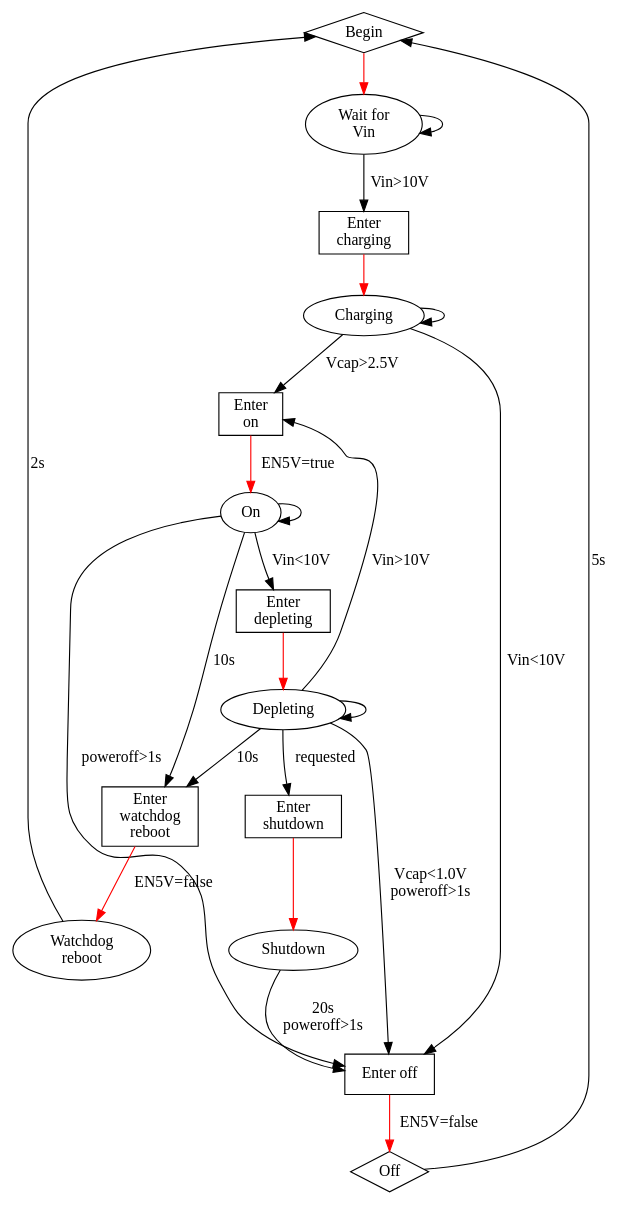
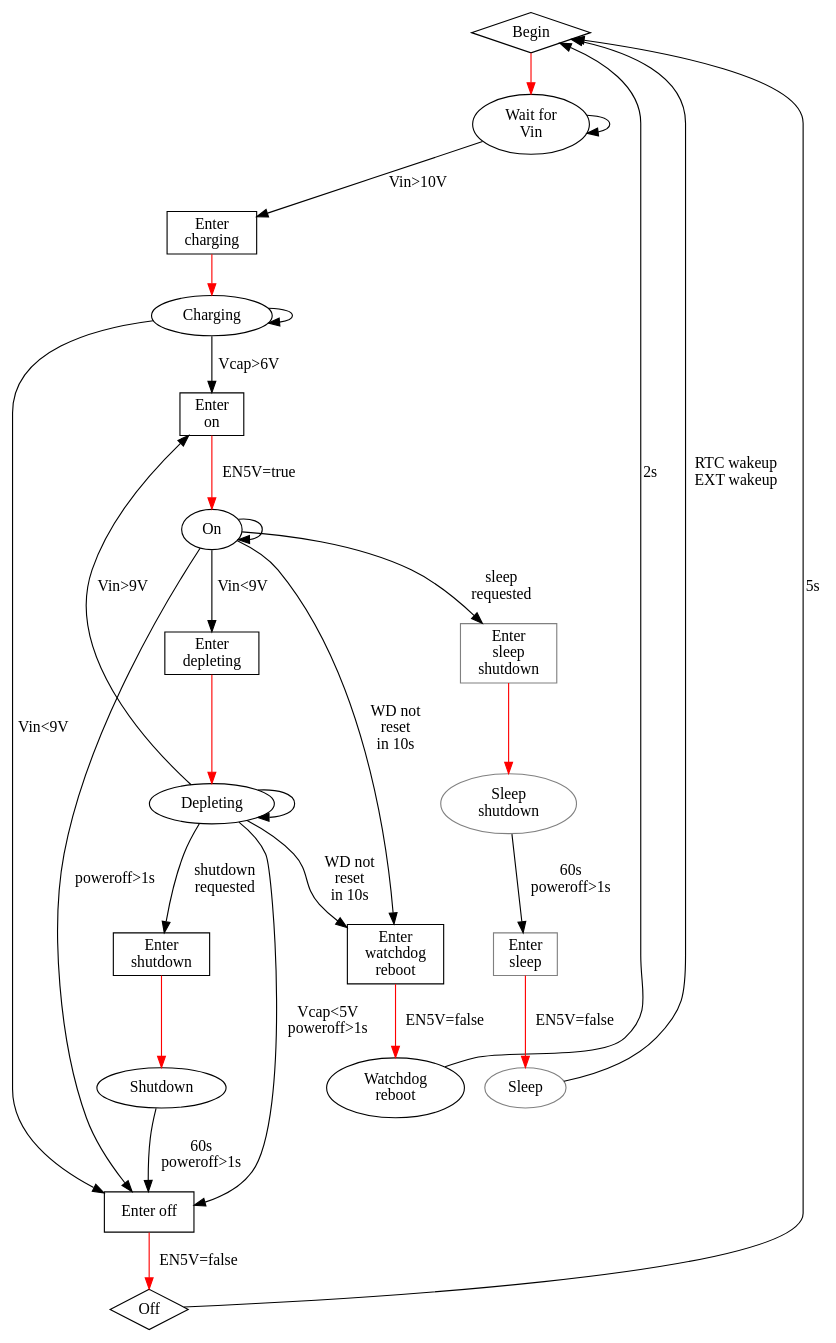
Before and after one commit to hatlabs/SH-RPi-firmware: the diagram in state_machine.dot, drawn with Graphviz.

Commit message:
Add new states to the state machine diagram

```diff
--- a/state_machine.dot
+++ b/state_machine.dot
@@ -1,41 +1,51 @@
 digraph G {
-begin [label="Begin",shape=diamond];
-wait_vin_on [label="Wait for\nVin"];
-ent_CHARGING [label="Enter\ncharging",shape=box];
+BEGIN [label="Begin",shape=diamond];
+WAIT_VIN_ON [label="Wait for\nVin"];
+ENT_CHARGING [label="Enter\ncharging",shape=box];
 CHARGING [label="Charging"];
-ent_ON [label="Enter\non",shape=box];
+ENT_ON [label="Enter\non",shape=box];
 ON [label="On"];
-ent_DEPLETING [label="Enter\ndepleting",shape=box];
+ENT_DEPLETING [label="Enter\ndepleting",shape=box];
 DEPLETING [label="Depleting"];
-ent_shutdown [label="Enter\nshutdown",shape=box];
-shutdown [label="Shutdown"];
-ent_watchdog_reboot [label="Enter\nwatchdog\nreboot",shape=box];
-watchdog_reboot [label="Watchdog\nreboot"];
-ent_OFF [label="Enter off",shape=box];
+ENT_SHUTDOWN [label="Enter\nshutdown",shape=box];
+SHUTDOWN [label="Shutdown"];
+ENT_WATCHDOG_REBOOT [label="Enter\nwatchdog\nreboot",shape=box];
+WATCHDOG_REBOOT [label="Watchdog\nreboot"];
+ENT_OFF [label="Enter off",shape=box];
 OFF [label="Off",shape=diamond];
 
-begin -> wait_vin_on [color="red",weight=8];
-wait_vin_on -> wait_vin_on;
-wait_vin_on -> ent_CHARGING [label="Vin>10V"];
-ent_CHARGING -> CHARGING [color="red",weight=8];
+ENT_SLEEP_SHUTDOWN [label="Enter\nsleep\nshutdown",shape=box, color=gray];
+SLEEP_SHUTDOWN [label="Sleep\nshutdown", color=gray];
+ENT_SLEEP [label="Enter\nsleep",shape=box, color=gray];
+SLEEP [label="Sleep", color=gray];
+
+BEGIN -> WAIT_VIN_ON [color="red",weight=8];
+WAIT_VIN_ON -> WAIT_VIN_ON;
+WAIT_VIN_ON -> ENT_CHARGING [label="Vin>10V"];
+ENT_CHARGING -> CHARGING [color="red",weight=8];
 CHARGING -> CHARGING;
-CHARGING -> ent_ON [label="Vcap>2.5V"];
-CHARGING -> ent_OFF [label="Vin<10V"];
-ent_ON -> ON [color="red",label="EN5V=true",weight=8];
+CHARGING -> ENT_ON [label="Vcap>6V"];
+CHARGING -> ENT_OFF [label="Vin<9V"];
+ENT_ON -> ON [color="red",label="EN5V=true",weight=8];
 ON -> ON;
-ON -> ent_watchdog_reboot [label="10s"];
-ON -> ent_DEPLETING [label="Vin<10V"];
-ON -> ent_OFF [label="poweroff>1s"];
-ent_DEPLETING -> DEPLETING [color="red",weight=8];
+ON -> ENT_WATCHDOG_REBOOT [label="WD not\nreset\nin 10s"];
+ON -> ENT_DEPLETING [label="Vin<9V"];
+ON -> ENT_OFF [label="poweroff>1s"];
+ON -> ENT_SLEEP_SHUTDOWN [label="sleep\nrequested"];
+ENT_DEPLETING -> DEPLETING [color="red",weight=8];
 DEPLETING -> DEPLETING;
-DEPLETING -> ent_watchdog_reboot [label="10s"];
-DEPLETING -> ent_shutdown [label="requested"];
-DEPLETING -> ent_ON [label="Vin>10V"];
-DEPLETING -> ent_OFF [label="Vcap<1.0V\npoweroff>1s"];
-ent_shutdown -> shutdown [color="red",weight=8];
-shutdown -> ent_OFF [label="20s\npoweroff>1s"];
-ent_OFF -> OFF [color="red",label="EN5V=false",weight=8];
-OFF -> begin [label="5s"];
-ent_watchdog_reboot -> watchdog_reboot [color="red",label="EN5V=false",weight=8];
-watchdog_reboot -> begin [label="2s"];
+DEPLETING -> ENT_WATCHDOG_REBOOT [label="WD not\nreset\nin 10s"];
+DEPLETING -> ENT_SHUTDOWN [label="shutdown\nrequested"];
+DEPLETING -> ENT_ON [label="Vin>9V"];
+DEPLETING -> ENT_OFF [label="Vcap<5V\npoweroff>1s"];
+ENT_SHUTDOWN -> SHUTDOWN [color="red",weight=8];
+SHUTDOWN -> ENT_OFF [label="60s\npoweroff>1s"];
+ENT_OFF -> OFF [color="red",label="EN5V=false",weight=8];
+OFF -> BEGIN [label="5s"];
+ENT_WATCHDOG_REBOOT -> WATCHDOG_REBOOT [color="red",label="EN5V=false",weight=8];
+WATCHDOG_REBOOT -> BEGIN [label="2s"];
+ENT_SLEEP_SHUTDOWN -> SLEEP_SHUTDOWN [color="red",weight=8];
+SLEEP_SHUTDOWN -> ENT_SLEEP [label="60s\npoweroff>1s"];
+ENT_SLEEP -> SLEEP [color="red",label="EN5V=false",weight=8];
+SLEEP -> BEGIN [label="RTC wakeup\nEXT wakeup"];
 }
```
